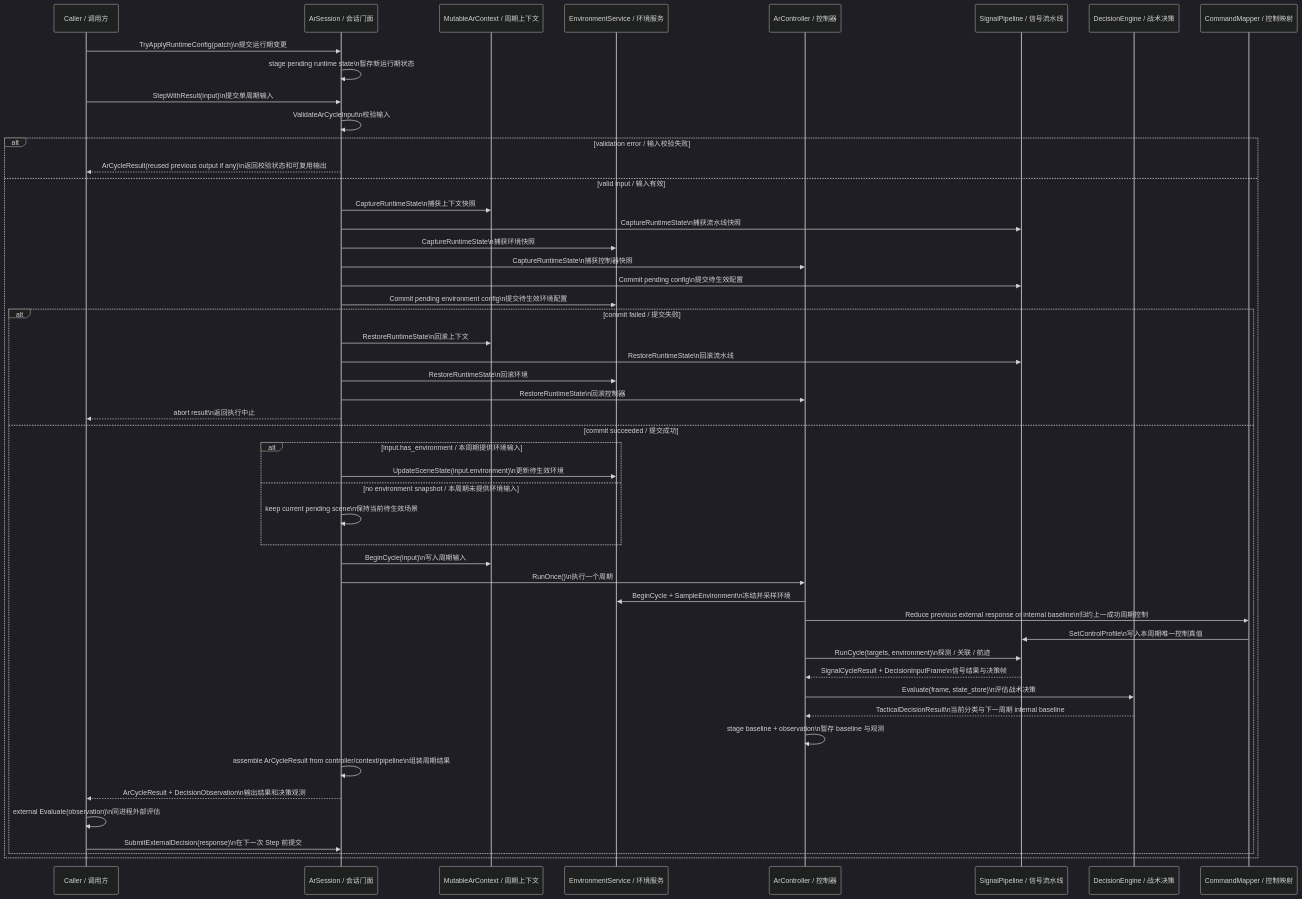
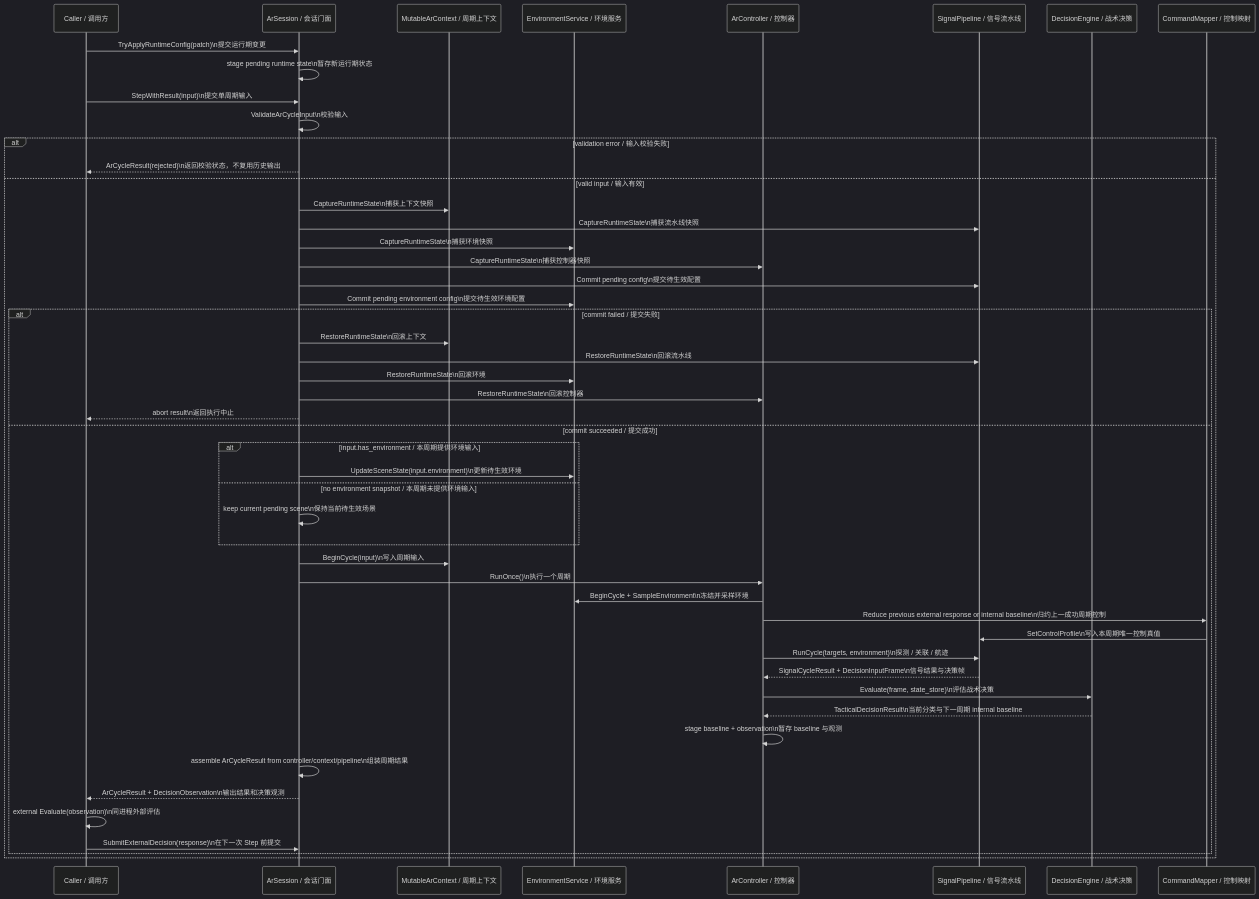
Before and after one commit to boilwater-3/1q: the second of 5 diagrams in docs/airborne_radar/design.md, drawn with Mermaid (dark theme). The commit also changed other lines of this file and 57 other files, not shown here.

````diff
--- a/docs/airborne_radar/design.md
+++ b/docs/airborne_radar/design.md
@@ -158,54 +158,54 @@
 ```mermaid
 sequenceDiagram
   participant Caller as Caller / 调用方
   participant Session as ArSession / 会话门面
   participant Context as MutableArContext / 周期上下文
   participant Env as EnvironmentService / 环境服务
   participant Controller as ArController / 控制器
   participant Pipe as SignalPipeline / 信号流水线
   participant Decision as DecisionEngine / 战术决策
   participant Mapper as CommandMapper / 控制映射
 
   Caller->>Session: TryApplyRuntimeConfig(patch)\n提交运行期变更
   Session->>Session: stage pending runtime state\n暂存新运行期状态
 
   Caller->>Session: StepWithResult(input)\n提交单周期输入
   Session->>Session: ValidateArCycleInput\n校验输入
   alt validation error / 输入校验失败
-    Session-->>Caller: ArCycleResult(reused previous output if any)\n返回校验状态和可复用输出
+    Session-->>Caller: ArCycleResult(rejected)\n返回校验状态，不复用历史输出
   else valid input / 输入有效
     Session->>Context: CaptureRuntimeState\n捕获上下文快照
     Session->>Pipe: CaptureRuntimeState\n捕获流水线快照
     Session->>Env: CaptureRuntimeState\n捕获环境快照
     Session->>Controller: CaptureRuntimeState\n捕获控制器快照
     Session->>Pipe: Commit pending config\n提交待生效配置
     Session->>Env: Commit pending environment config\n提交待生效环境配置
     alt commit failed / 提交失败
       Session->>Context: RestoreRuntimeState\n回滚上下文
       Session->>Pipe: RestoreRuntimeState\n回滚流水线
       Session->>Env: RestoreRuntimeState\n回滚环境
       Session->>Controller: RestoreRuntimeState\n回滚控制器
       Session-->>Caller: abort result\n返回执行中止
     else commit succeeded / 提交成功
       alt input.has_environment / 本周期提供环境输入
         Session->>Env: UpdateSceneState(input.environment)\n更新待生效环境
       else no environment snapshot / 本周期未提供环境输入
         Session->>Session: keep current pending scene\n保持当前待生效场景
       end
       Session->>Context: BeginCycle(input)\n写入周期输入
       Session->>Controller: RunOnce()\n执行一个周期
       Controller->>Env: BeginCycle + SampleEnvironment\n冻结并采样环境
       Controller->>Mapper: Reduce previous external response or internal baseline\n归约上一成功周期控制
       Mapper->>Pipe: SetControlProfile\n写入本周期唯一控制真值
       Controller->>Pipe: RunCycle(targets, environment)\n探测 / 关联 / 航迹
       Pipe-->>Controller: SignalCycleResult + DecisionInputFrame\n信号结果与决策帧
       Controller->>Decision: Evaluate(frame, state_store)\n评估战术决策
       Decision-->>Controller: TacticalDecisionResult\n当前分类与下一周期 internal baseline
       Controller->>Controller: stage baseline + observation\n暂存 baseline 与观测
       Session->>Session: assemble ArCycleResult from controller/context/pipeline\n组装周期结果
       Session-->>Caller: ArCycleResult + DecisionObservation\n输出结果和决策观测
       Caller->>Caller: external Evaluate(observation)\n同进程外部评估
       Caller->>Session: SubmitExternalDecision(response)\n在下一次 Step 前提交
     end
   end
 ```
````
